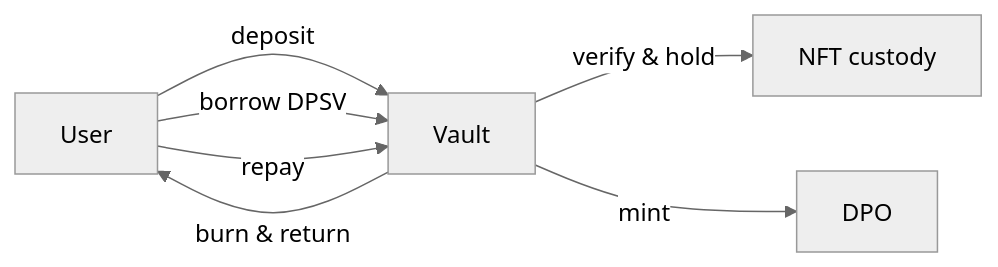
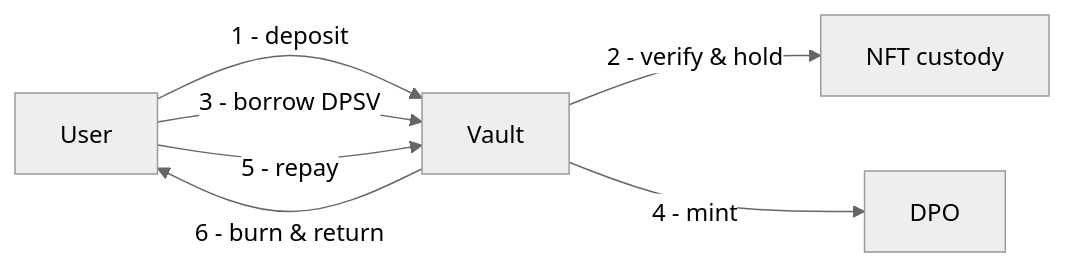
One commit to devprosvn/mosaical-v2 changed the fourth of 8 diagrams in README.md. Above: the diagram before and after it, drawn with Mermaid (neutral theme).

````diff
--- a/README.md
+++ b/README.md
@@ -84,9 +84,9 @@
 ```mermaid
 flowchart LR
-  User -- "deposit" --> Vault
-  Vault -- "verify & hold" --> NFT[NFT custody]
-  User -- "borrow DPSV" --> Vault
-  Vault -- "mint" --> DPO
-  User -- "repay" --> Vault
-  Vault -- "burn & return" --> User
+  User -- "1 - deposit" --> Vault
+  Vault -- "2 - verify & hold" --> NFT[NFT custody]
+  User -- "3 - borrow DPSV" --> Vault
+  Vault -- "4 - mint" --> DPO
+  User -- "5 - repay" --> Vault
+  Vault -- "6 - burn & return" --> User
 ```
````
